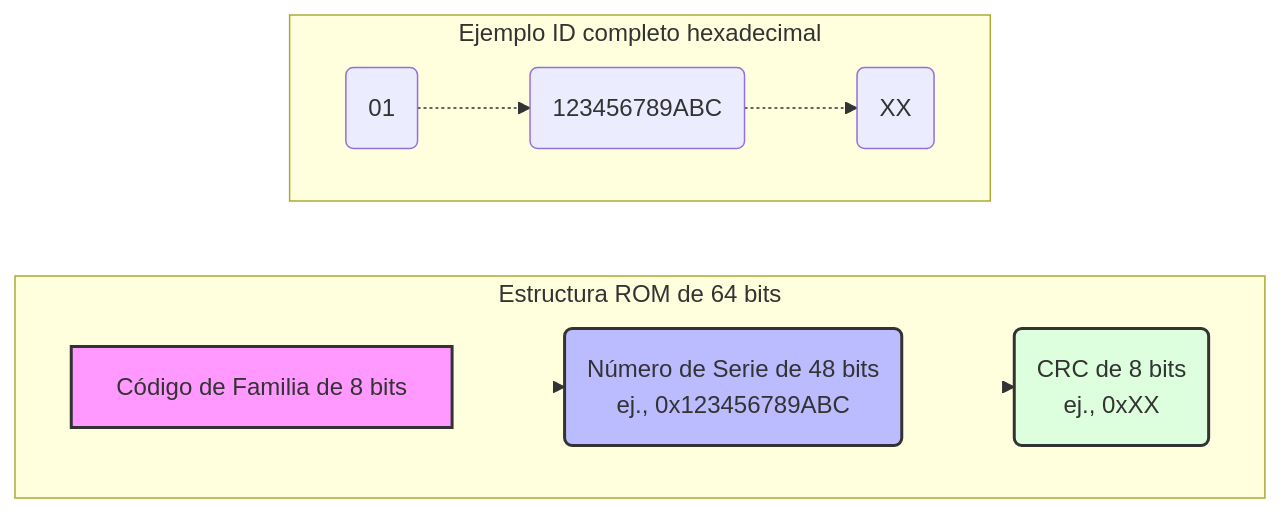
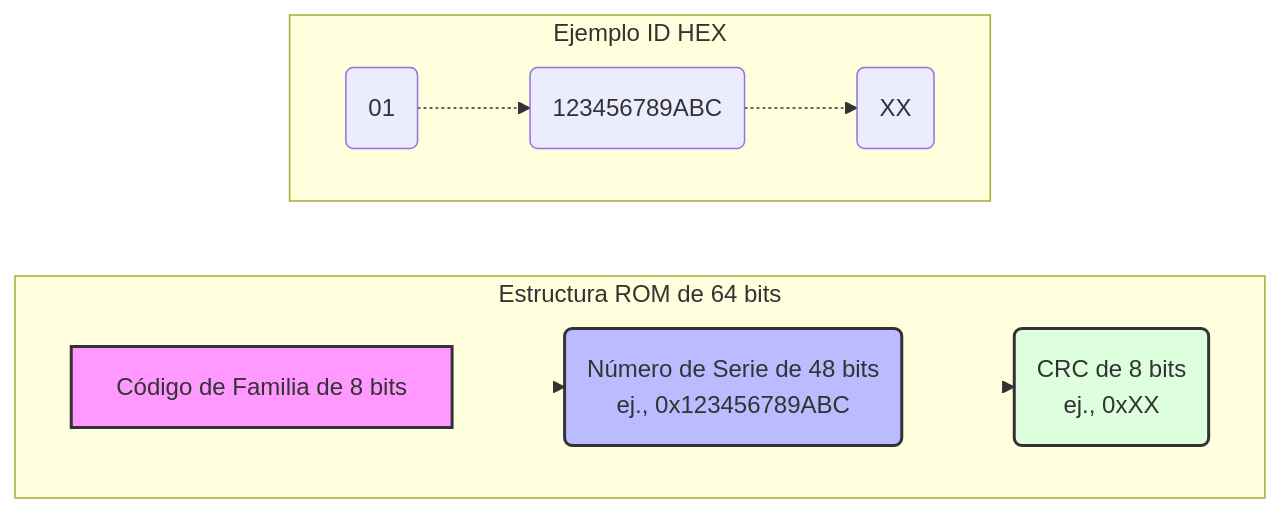
The first of 4 diagrams in logbook-es.md (JuanLiz/smart-parking-esp32), drawn with Mermaid before and after one commit. The commit also changed other lines of this file and 1 other file, not shown here.

Commit message:
chore: Change title

````diff
--- a/logbook-es.md
+++ b/logbook-es.md
@@ -29,21 +29,21 @@
 ```mermaid
 graph LR
     subgraph Estructura ROM de 64 bits
         direction LR
         A[Código de Familia de 8 bits<br>] --> B(Número de Serie de 48 bits<br>ej., 0x123456789ABC)
         B --> C(CRC de 8 bits<br>ej., 0xXX)
     end
     style A fill:#f9f,stroke:#333,stroke-width:2px
     style B fill:#bbf,stroke:#333,stroke-width:2px
     style C fill:#dfd,stroke:#333,stroke-width:2px
 
-    subgraph Ejemplo ID completo hexadecimal
+    subgraph Ejemplo ID HEX
         direction LR
         D(01) -.-> E(123456789ABC) -.-> F(XX)
     end
     linkStyle 0 stroke-width:0px
     linkStyle 1 stroke-width:0px
     style D text-align:center
     style E text-align:center
     style F text-align:center
 ```
````
